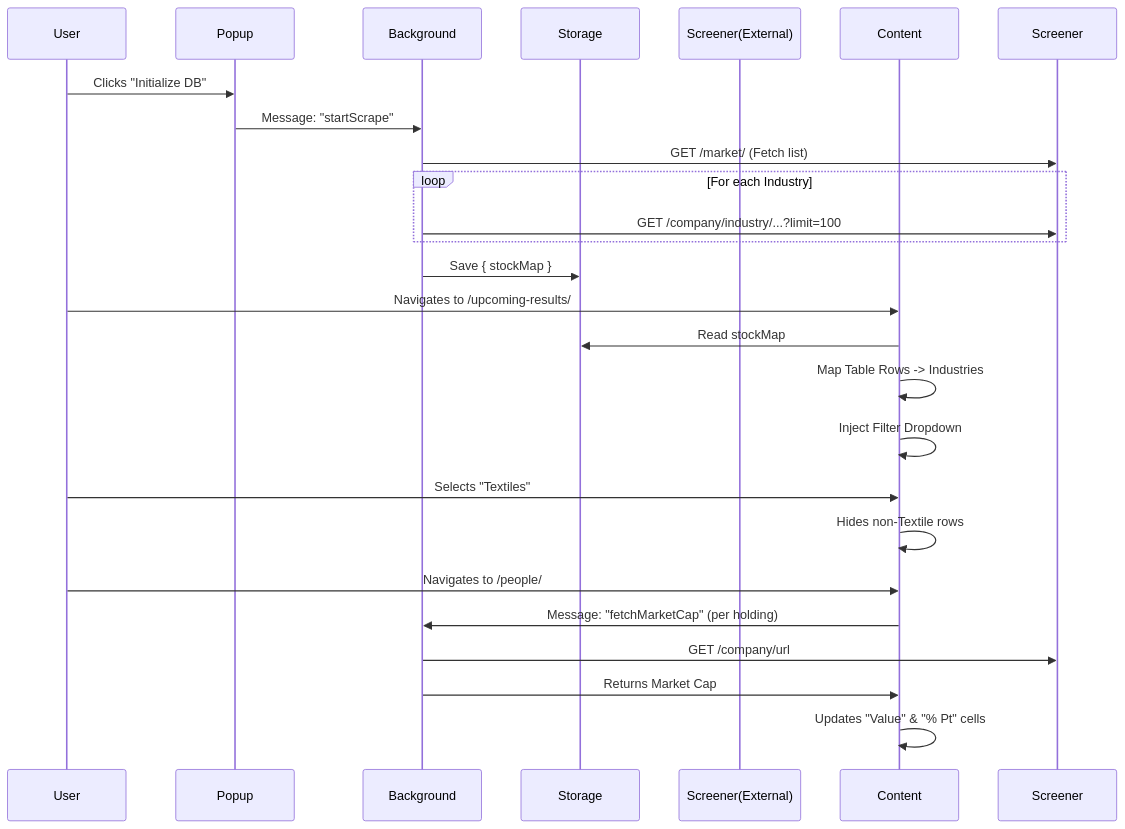
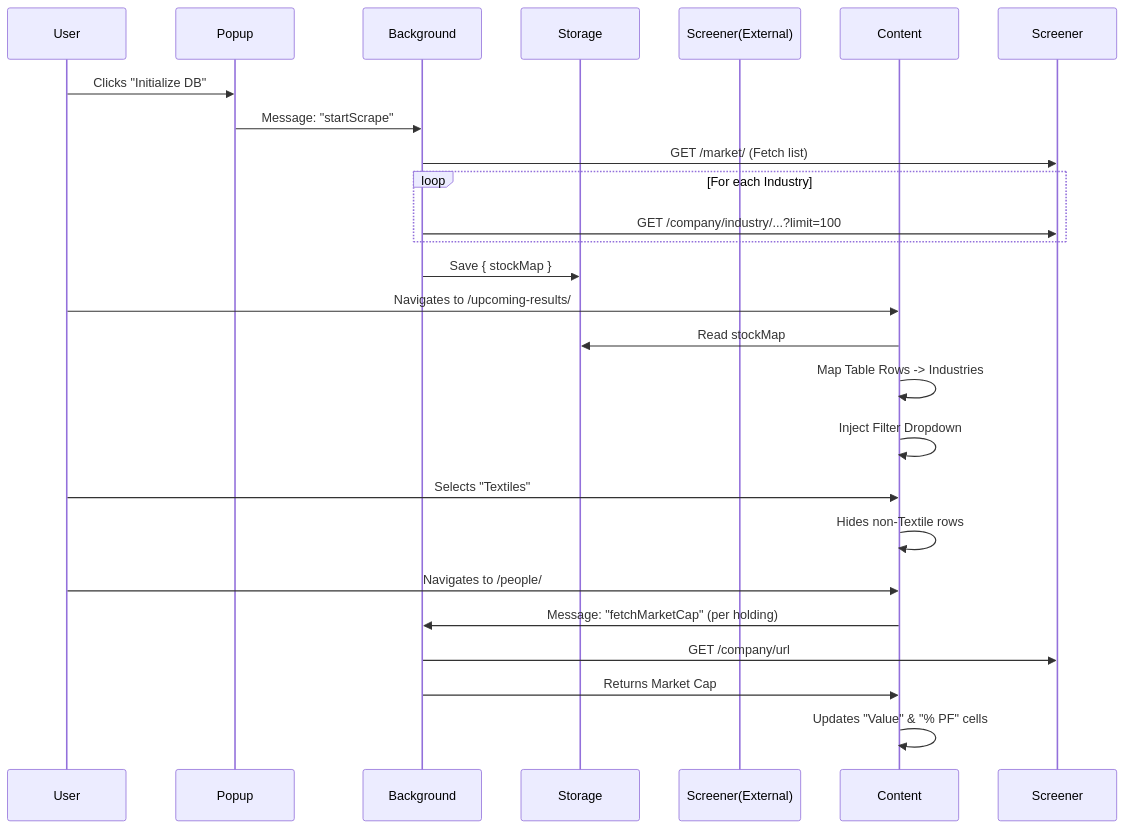
Before and after one commit to eggmasonvalue/screenerin-feat-complete: the diagram in .context/ARCHITECTURE.md, drawn with Mermaid. The commit also changed 5 other files, not shown here.

````diff
--- a/.context/ARCHITECTURE.md
+++ b/.context/ARCHITECTURE.md
@@ -38,30 +38,30 @@
 ```mermaid
 sequenceDiagram
     participant User
     participant Popup
     participant Background
     participant Storage
     participant Screener(External)
     participant Content
 
     User->>Popup: Clicks "Initialize DB"
     Popup->>Background: Message: "startScrape"
     Background->>Screener: GET /market/ (Fetch list)
     loop For each Industry
         Background->>Screener: GET /company/industry/...?limit=100
     end
     Background->>Storage: Save { stockMap }
     
     User->>Content: Navigates to /upcoming-results/
     Content->>Storage: Read stockMap
     Content->>Content: Map Table Rows -> Industries
     Content->>Content: Inject Filter Dropdown
     User->>Content: Selects "Textiles"
     Content->>Content: Hides non-Textile rows
 
     User->>Content: Navigates to /people/
     Content->>Background: Message: "fetchMarketCap" (per holding)
     Background->>Screener: GET /company/url
     Background->>Content: Returns Market Cap
-    Content->>Content: Updates "Value" & "% Pt" cells
+    Content->>Content: Updates "Value" & "% PF" cells
 ```
````
